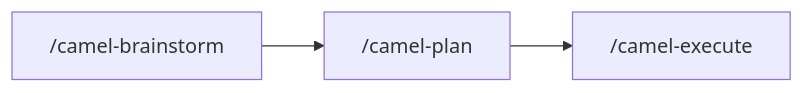
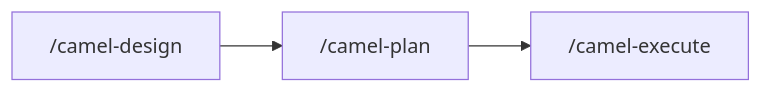
The fourth of 7 diagrams in docs/camel-kit-overview.md (luigidemasi/camel-kit), drawn with Mermaid before and after one commit. The commit also changed other lines of this file and 32 other files, not shown here.

````diff
--- a/docs/camel-kit-overview.md
+++ b/docs/camel-kit-overview.md
@@ -217,4 +217,4 @@
 ```mermaid
 flowchart LR
-    A["/camel-brainstorm"] --> B["/camel-plan"] --> C["/camel-execute"]
+    A["/camel-design"] --> B["/camel-plan"] --> C["/camel-execute"]
 ```
````
